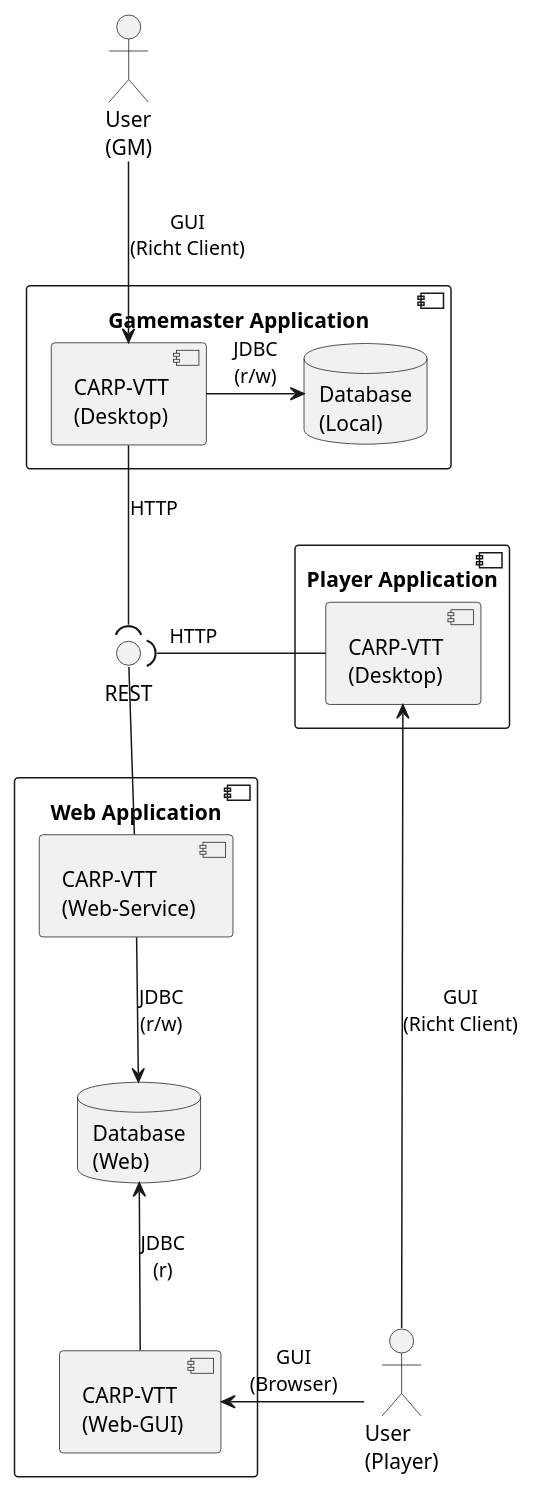
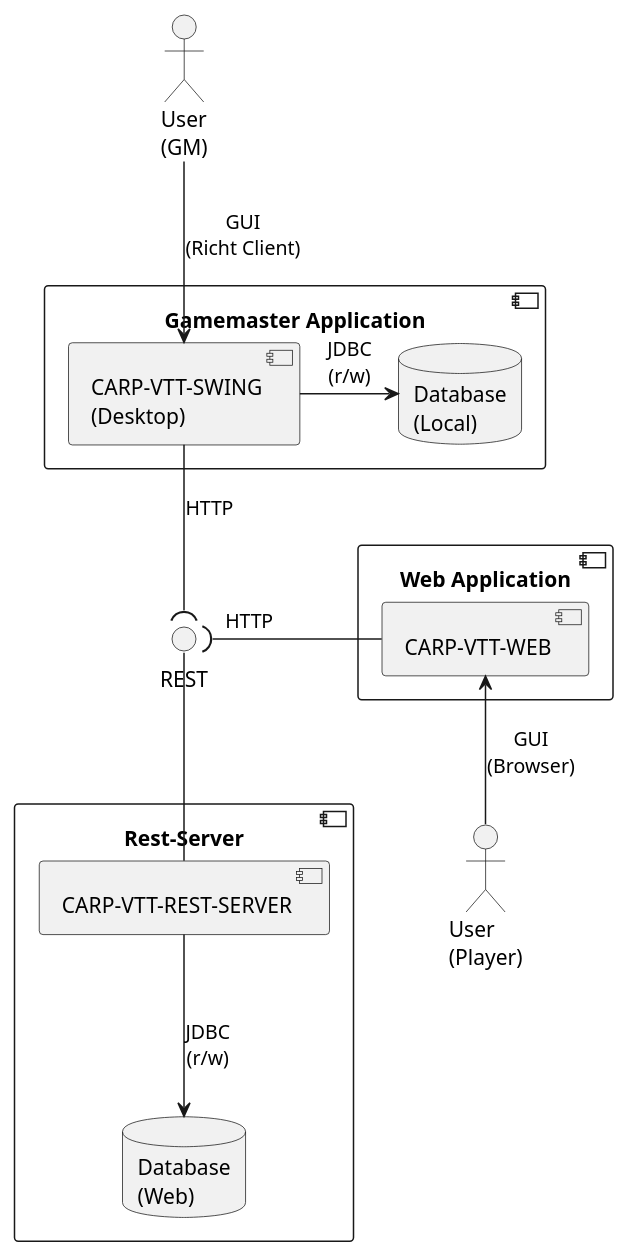
The diagram in docs/architecture/component-diagram-level-01.puml (greifentor/carp-vtt), drawn with PlantUML before and after one commit. The commit also changed 4 other files, not shown here.

```diff
--- a/docs/architecture/component-diagram-level-01.puml
+++ b/docs/architecture/component-diagram-level-01.puml
@@ -1,49 +1,46 @@
 @startuml
 
 
 actor GAMEMASTER as "User\n(GM)"
 actor PLAYER as "User\n(Player)"
 
 component DesktopGM as "Gamemaster Application" {
 
-    component DTGM as "CARP-VTT\n(Desktop)"
+    component DTGM as "CARP-VTT-SWING\n(Desktop)"
 
     database DBLC as "Database\n(Local)"
 
     DTGM -R-> DBLC : "JDBC\n(r/w)"
 
 }
 
 interface WSREST as "REST"
 
-component Web as "Web Application" {
+component Rest as "Rest-Server" {
 
-    component WGUI as "CARP-VTT\n(Web-GUI)"
-    component WS as "CARP-VTT\n(Web-Service)"
+    component WS as "CARP-VTT-REST-SERVER"
 
     database DBWB as "Database\n(Web)"
 
     WS -D-> DBWB : "JDBC\n(r/w)"
-    WGUI -U-> DBWB : "JDBC\n(r)"
 
     WS -U- WSREST
 
 }
 
-component DesktopPlayer as "Player Application" {
+component DesktopPlayer as "Web Application" {
 
-    component DTP as "CARP-VTT\n(Desktop)"
+    component CVW as "CARP-VTT-WEB"
 
 }
 
 GAMEMASTER --> DTGM : "GUI\n(Richt Client)"
 
-PLAYER -L-> WGUI : "GUI\n(Browser)"
-PLAYER -U-> DTP : "GUI\n(Richt Client)"
+PLAYER -U-> CVW : "GUI\n(Browser)"
 
-DTP -L-( WSREST : "HTTP                "
+CVW -L-( WSREST : "HTTP                "
 
 DTGM -D-( WSREST : "HTTP"
 
 
 @enduml
```
